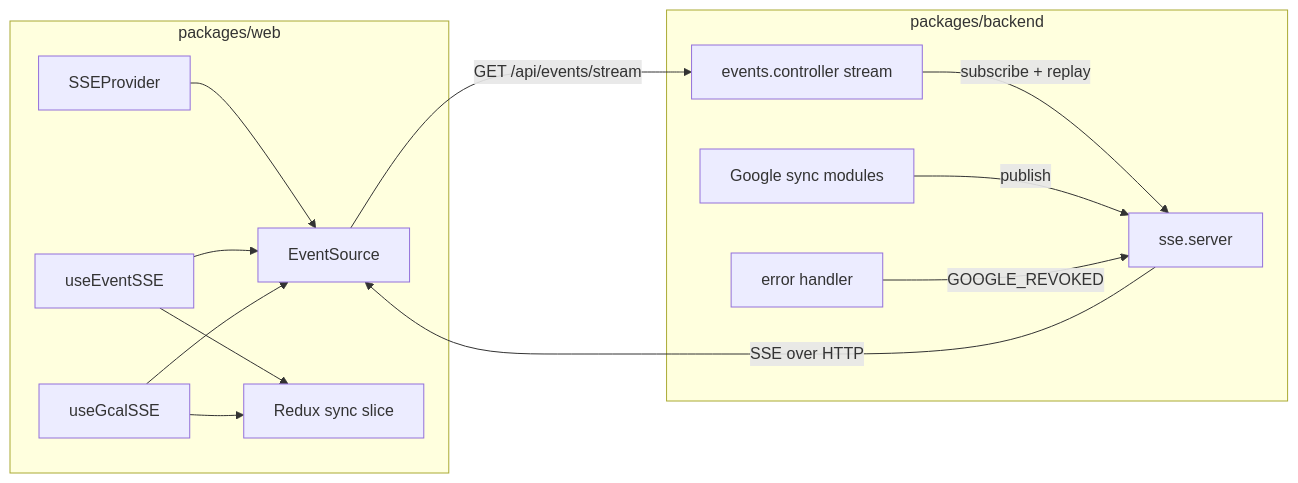
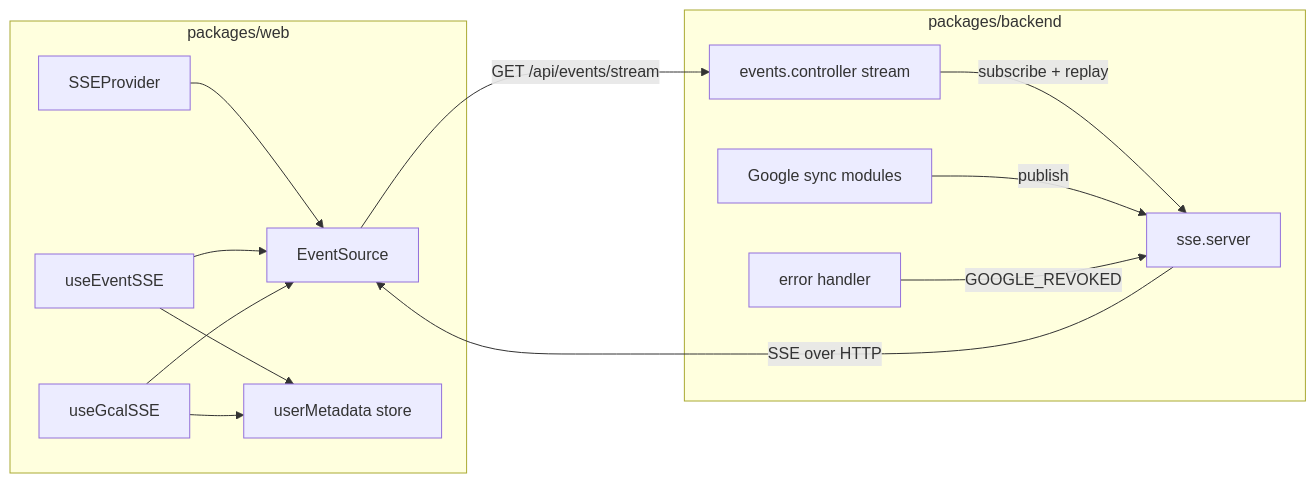
One commit to mastertalent707-stack/compass-calendar changed the first of 2 diagrams in docs/features/google-sync-and-sse-flow.md. Above: the diagram before and after it, drawn with Mermaid. The commit also changed other lines of this file and 166 other files, not shown here.

````diff
--- a/docs/features/google-sync-and-sse-flow.md
+++ b/docs/features/google-sync-and-sse-flow.md
@@ -14,26 +14,26 @@
 ```mermaid
 flowchart LR
   subgraph Web["packages/web"]
     ES[EventSource]
     Prov[SSEProvider]
     Ev[useEventSSE]
     Gc[useGcalSSE]
-    Slice[Redux sync slice]
+    Store[userMetadata store]
   end
   subgraph Backend["packages/backend"]
     Stream[events.controller stream]
     Srv[sse.server]
     Sync[Google sync modules]
     Err[error handler]
   end
   ES -->|GET /api/events/stream| Stream
   Stream -->|subscribe + replay| Srv
   Sync -->|publish| Srv
   Err -->|GOOGLE_REVOKED| Srv
   Srv -->|SSE over HTTP| ES
   Prov --> ES
   Ev --> ES
   Gc --> ES
-  Ev --> Slice
-  Gc --> Slice
+  Ev --> Store
+  Gc --> Store
 ```
````
